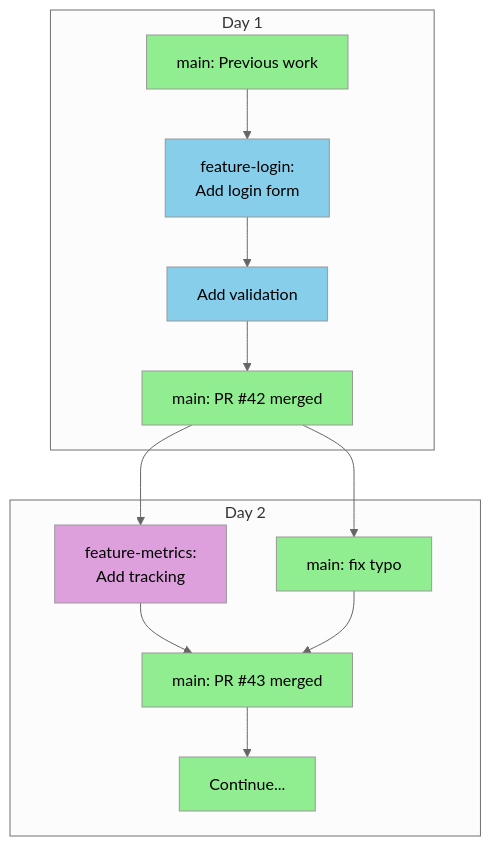
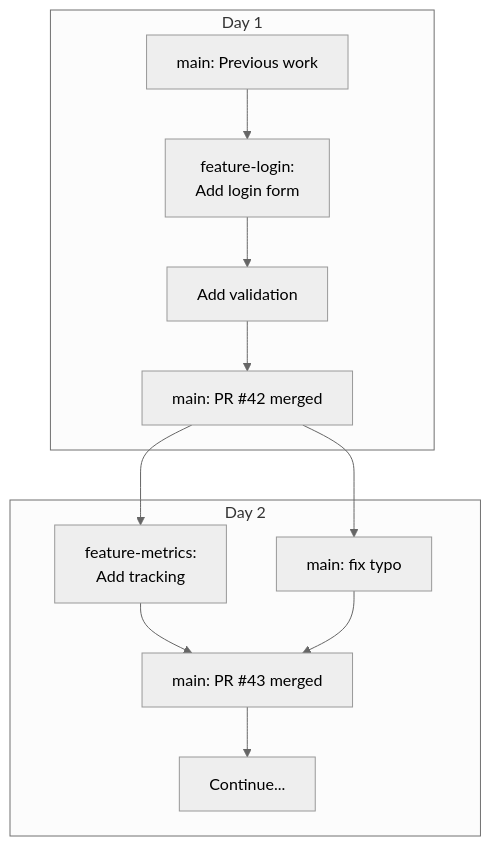
The second of 8 diagrams in docs/cicd/branching-strategies.md (shivam-g-mishra/blog), drawn with Mermaid (neutral theme) before and after one commit. The commit also changed other lines of this file and 23 other files, not shown here.

First line of the commit message:
fix: improve Mermaid diagram visibility in dark mode

````diff
--- a/docs/cicd/branching-strategies.md
+++ b/docs/cicd/branching-strategies.md
@@ -144,26 +141,17 @@
 ```mermaid
 flowchart TB
     subgraph day1["Day 1"]
         M1[main: Previous work]
         M1 --> F1[feature-login:<br/>Add login form]
         F1 --> F2[Add validation]
         F2 --> M2[main: PR #42 merged]
     end
     
     subgraph day2["Day 2"]
         M2 --> FM1[feature-metrics:<br/>Add tracking]
         M2 --> M3[main: fix typo]
         FM1 --> M4[main: PR #43 merged]
         M3 --> M4
         M4 --> M5[Continue...]
     end
-    
-    style M1 fill:#90EE90
-    style M2 fill:#90EE90
-    style M3 fill:#90EE90
-    style M4 fill:#90EE90
-    style M5 fill:#90EE90
-    style F1 fill:#87CEEB
-    style F2 fill:#87CEEB
-    style FM1 fill:#DDA0DD
 ```
````
